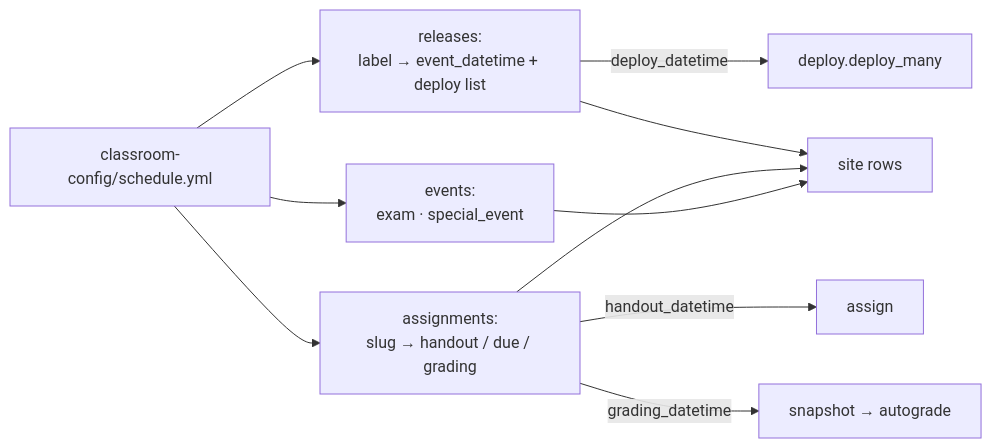
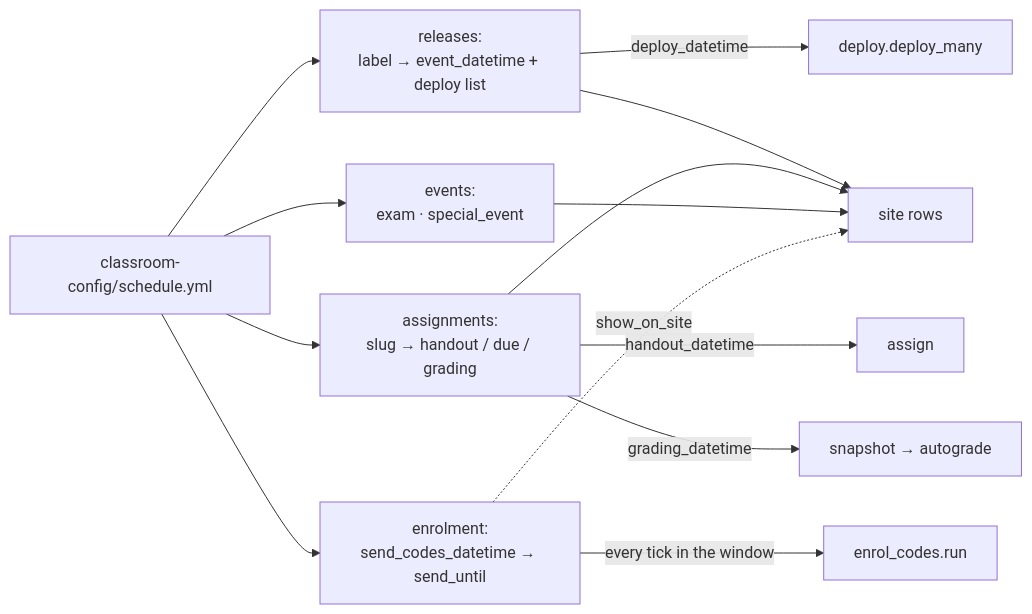
One commit to hertie-data-science-lab/dsl-teaching-toolkit changed the seventh of 10 diagrams in docs-admin-arch/architecture.md. Above: the diagram before and after it, drawn with Mermaid. The commit also changed other lines of this file and 8 other files, not shown here.

First line of the commit message:
docs(schedule): document enrolment: everywhere the schema is expressed

````diff
--- a/docs-admin-arch/architecture.md
+++ b/docs-admin-arch/architecture.md
@@ -325,16 +325,20 @@
 ```mermaid
 flowchart LR
   s["classroom-config/schedule.yml"]
   s --> r["`releases:
 label → event_datetime + deploy list`"]
   s --> a["`assignments:
 slug → handout / due / grading`"]
   s --> e["`events:
 exam · special_event`"]
+  s --> n["`enrolment:
+send_codes_datetime → send_until`"]
   r -->|"deploy_datetime"| dep["deploy.deploy_many"]
   a -->|"handout_datetime"| asg["assign"]
   a -->|"grading_datetime"| col["snapshot → autograde"]
+  n -->|"every tick in the window"| enr["enrol_codes.run"]
   r --> site["site rows"]
   a --> site
   e --> site
+  n -.->|"show_on_site"| site
 ```
````
